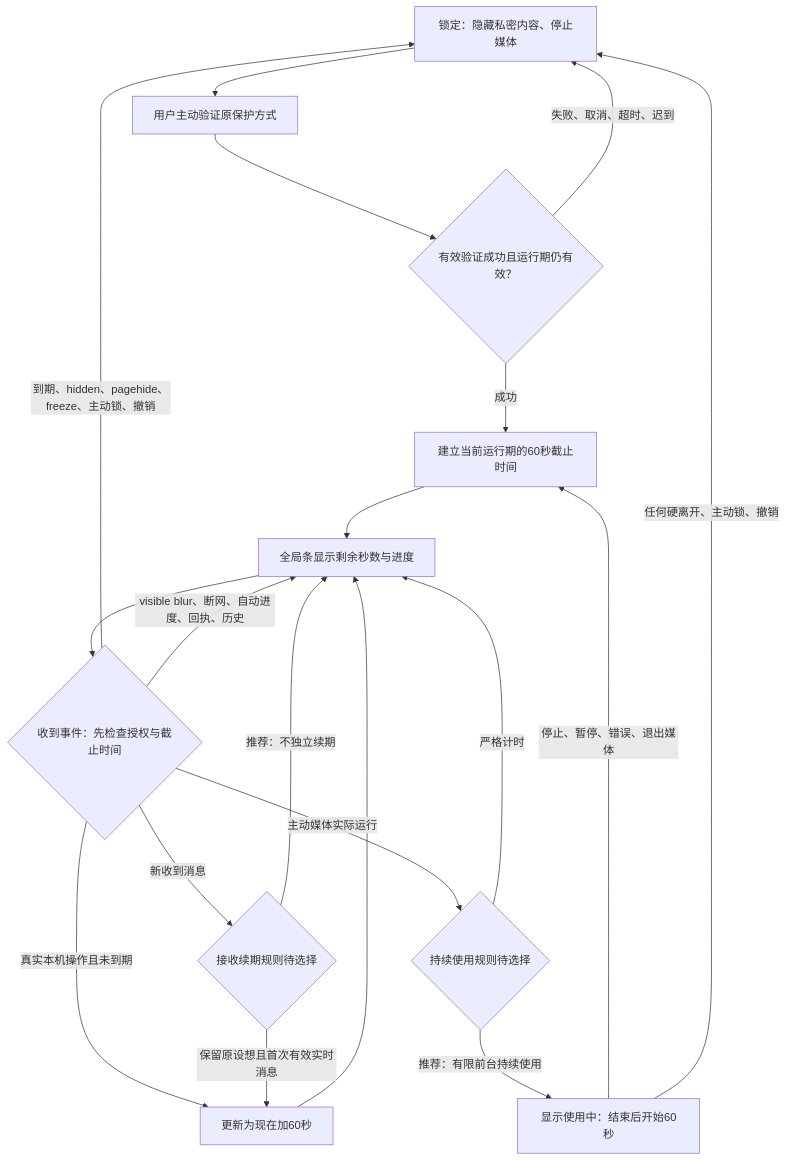
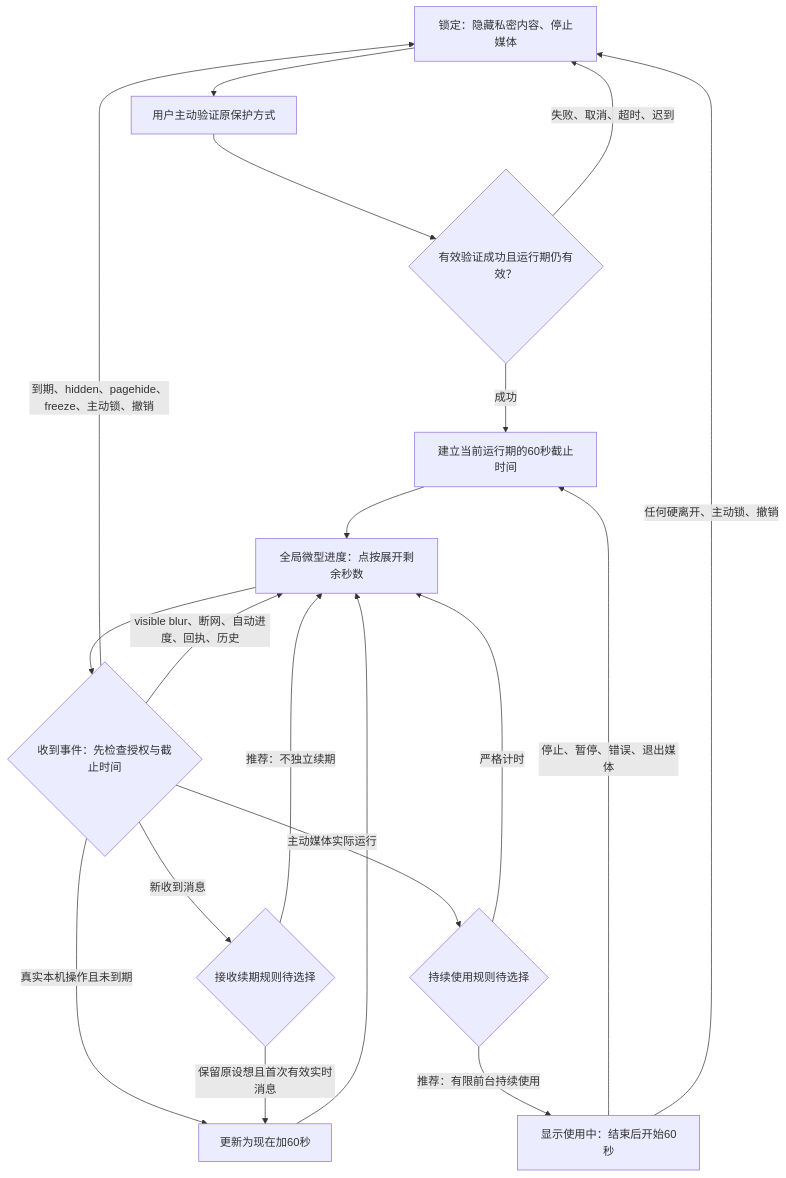
Before and after one commit to zdaiwmm/shui-IM: the diagram in docs/requirements/2026-10-09-global-lock-countdown/flow.md, drawn with Mermaid. The commit also changed other lines of this file and 3 other files, not shown here.

````diff
--- a/docs/requirements/2026-10-09-global-lock-countdown/flow.md
+++ b/docs/requirements/2026-10-09-global-lock-countdown/flow.md
@@ -6,21 +6,21 @@
 ```mermaid
 flowchart TD
     L[锁定：隐藏私密内容、停止媒体] --> U[用户主动验证原保护方式]
     U --> A{有效验证成功且运行期仍有效？}
     A -- 失败、取消、超时、迟到 --> L
     A -- 成功 --> C[建立当前运行期的60秒截止时间]
-    C --> W[全局条显示剩余秒数与进度]
+    C --> W[全局微型进度：点按展开剩余秒数]
     W --> E{收到事件：先检查授权与截止时间}
     E -- 到期、hidden、pagehide、freeze、主动锁、撤销 --> L
     E -- 真实本机操作且未到期 --> R[更新为现在加60秒]
     R --> W
     E -- visible blur、断网、自动进度、回执、历史 --> W
     E -- 新收到消息 --> M{接收续期规则待选择}
     M -- 推荐：不独立续期 --> W
     M -- 保留原设想且首次有效实时消息 --> R
     E -- 主动媒体实际运行 --> P{持续使用规则待选择}
     P -- 严格计时 --> W
     P -- 推荐：有限前台持续使用 --> B[显示使用中：结束后开始60秒]
     B -- 停止、暂停、错误、退出媒体 --> C
     B -- 任何硬离开、主动锁、撤销 --> L
 ```
````
